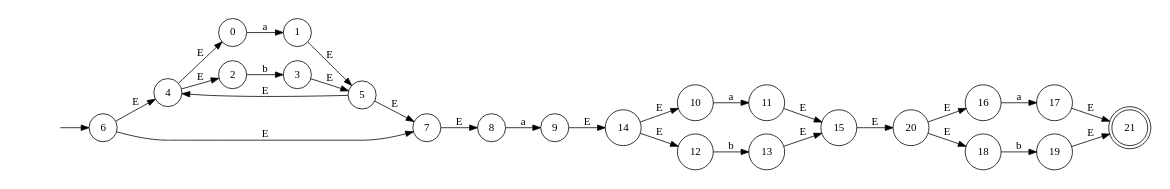
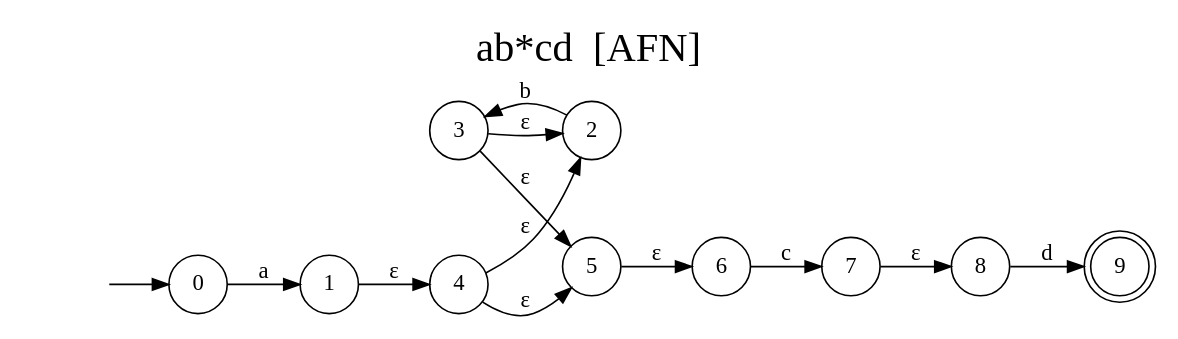
One commit to CrisLayB/ProgrammingLanguageDesign changed the diagram in src/docs/automataAFN.dot. Above: the diagram before and after it, drawn with Graphviz. The commit also changed 12 other files, not shown here.

```diff
--- a/src/docs/automataAFN.dot
+++ b/src/docs/automataAFN.dot
@@ -1,37 +1,25 @@
-digraph "Resultado Automata" {
+digraph "Resultado Automata AFN" {
+label = "ab*cd  [AFN]"
+labelloc  =  t
+fontsize  = 25
 rankdir=LR size="8,5"
 node [shape=doublecircle]
-21
+9
 node [shape=circle]
-6
+0
 node [shape=none]
 ""
-""-> 6 [label=""]
+""-> 0 [label=""]
 node [shape=circle]
 0 -> 1[label="a"]
 2 -> 3[label="b"]
-4 -> 0[label="E"]
-4 -> 2[label="E"]
-1 -> 5[label="E"]
-3 -> 5[label="E"]
-5 -> 4[label="E"]
-6 -> 7[label="E"]
-6 -> 4[label="E"]
-5 -> 7[label="E"]
-8 -> 9[label="a"]
-7 -> 8[label="E"]
-10 -> 11[label="a"]
-12 -> 13[label="b"]
-14 -> 10[label="E"]
-14 -> 12[label="E"]
-11 -> 15[label="E"]
-13 -> 15[label="E"]
-9 -> 14[label="E"]
-16 -> 17[label="a"]
-18 -> 19[label="b"]
-20 -> 16[label="E"]
-20 -> 18[label="E"]
-17 -> 21[label="E"]
-19 -> 21[label="E"]
-15 -> 20[label="E"]
+3 -> 2[label="ε"]
+4 -> 5[label="ε"]
+4 -> 2[label="ε"]
+3 -> 5[label="ε"]
+1 -> 4[label="ε"]
+6 -> 7[label="c"]
+5 -> 6[label="ε"]
+8 -> 9[label="d"]
+7 -> 8[label="ε"]
 }
```
